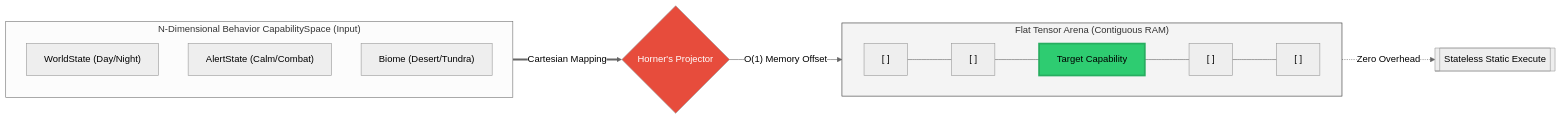
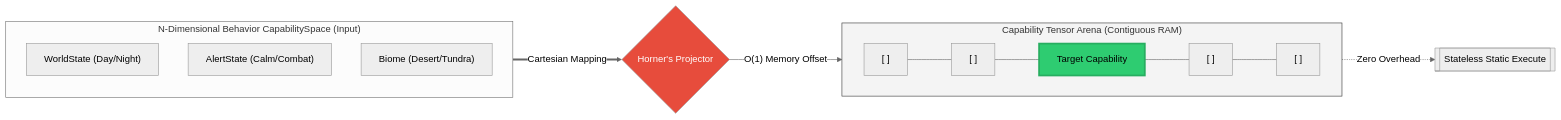
One commit to CT-74/CapabilityReconstructionGraph changed the second of 2 diagrams in README.md. Above: the diagram before and after it, drawn with Mermaid (neutral theme). The commit also changed 3 other files, not shown here.

````diff
--- a/README.md
+++ b/README.md
@@ -30,23 +30,23 @@
 ```mermaid
 flowchart LR
     subgraph CapabilitySpace ["N-Dimensional Behavior CapabilitySpace (Input)"]
         direction TB
         Axis1["WorldState (Day/Night)"]
         Axis2["AlertState (Calm/Combat)"]
         Axis3["Biome (Desert/Tundra)"]
     end
 
     CapabilitySpace ==>|"Cartesian Mapping"| Horner{Horner's Projector}
     
-    subgraph Arena ["Flat Tensor Arena (Contiguous RAM)"]
+    subgraph Arena ["Capability Tensor Arena (Contiguous RAM)"]
         direction LR
         C0["[ ]"] --- C1["[ ]"] --- C2["Target Capability"] --- C3["[ ]"] --- C4["[ ]"]
     end
 
     Horner -->|"O(1) Memory Offset"| C2
     C2 -.->|"Zero Overhead"| Exec[[Stateless Static Execute]]
 
     style C2 fill:#2ecc71,stroke:#27ae60,stroke-width:3px
     style Arena fill:#f4f4f4,stroke:#333
     style Horner fill:#e74c3c,color:#fff
 ```
````
